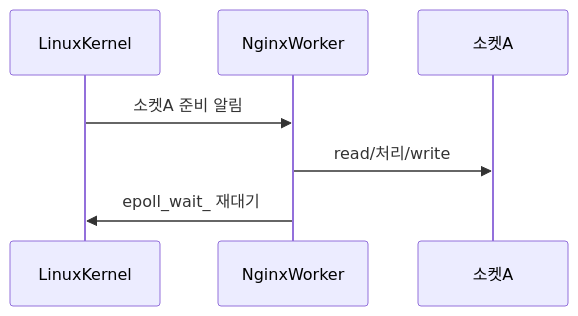
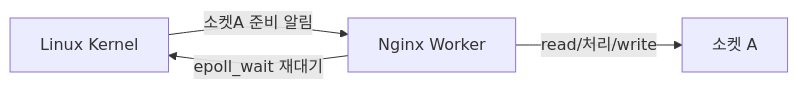
Before and after one commit to yjkim2015/yjkim2015.github.io: the third of 18 diagrams in _posts/server/2026-05-01-nginx.md, drawn with Mermaid. The commit also changed other lines of this file and 84 other files, not shown here.

First line of the commit message:
85개 포스트 Mermaid 다이어그램 규칙 일괄 수정

````diff
--- a/_posts/server/2026-05-01-nginx.md
+++ b/_posts/server/2026-05-01-nginx.md
@@ -66,6 +66,6 @@
 ```mermaid
-sequenceDiagram
-    LinuxKernel->>NginxWorker: 소켓A 준비 알림
-    NginxWorker->>소켓A: read/처리/write
-    NginxWorker->>LinuxKernel: epoll_wait_ 재대기
+graph LR
+    LK["Linux Kernel"] -->|"소켓A 준비 알림"| NW["Nginx Worker"]
+    NW -->|"read/처리/write"| SA["소켓 A"]
+    NW -->|"epoll_wait 재대기"| LK
 ```
````
